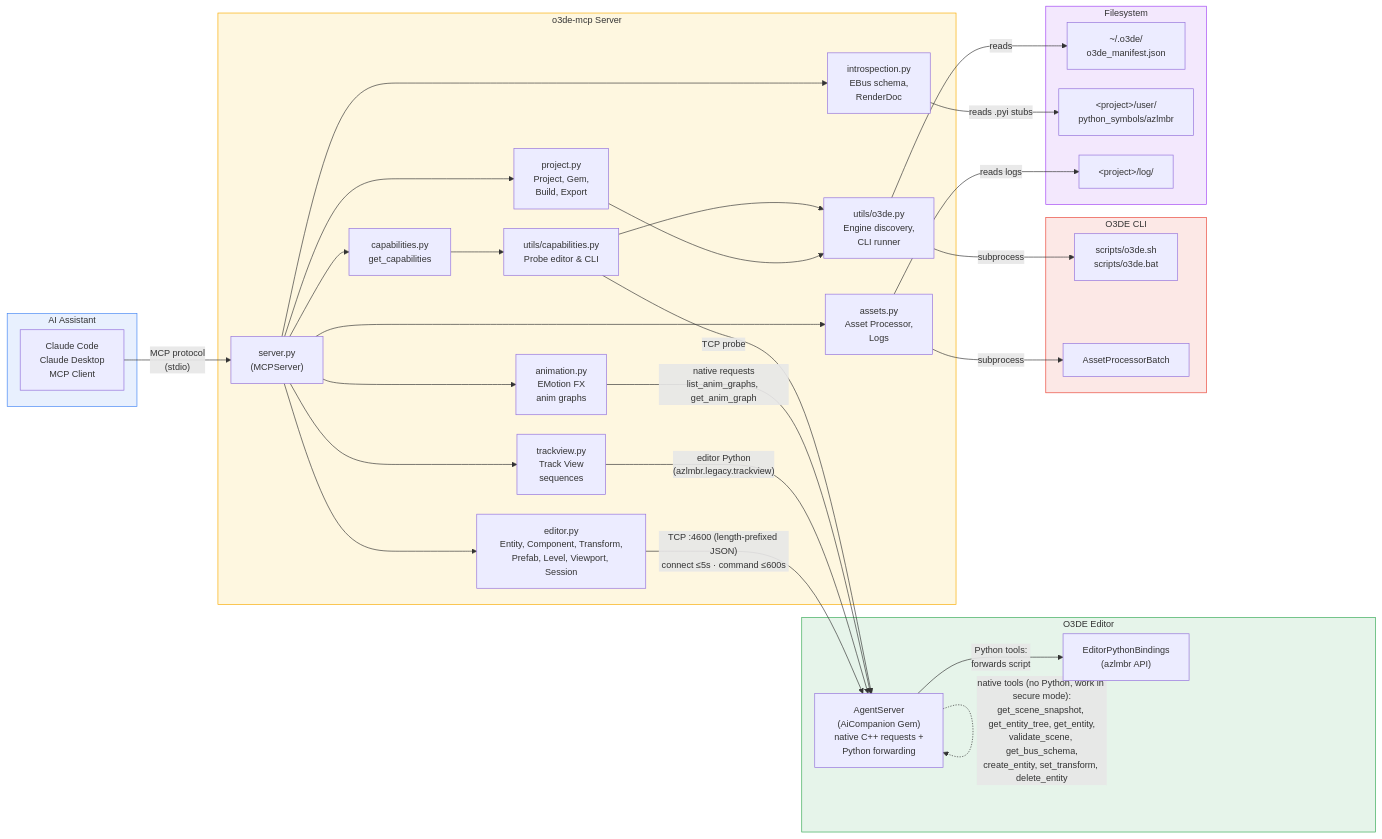
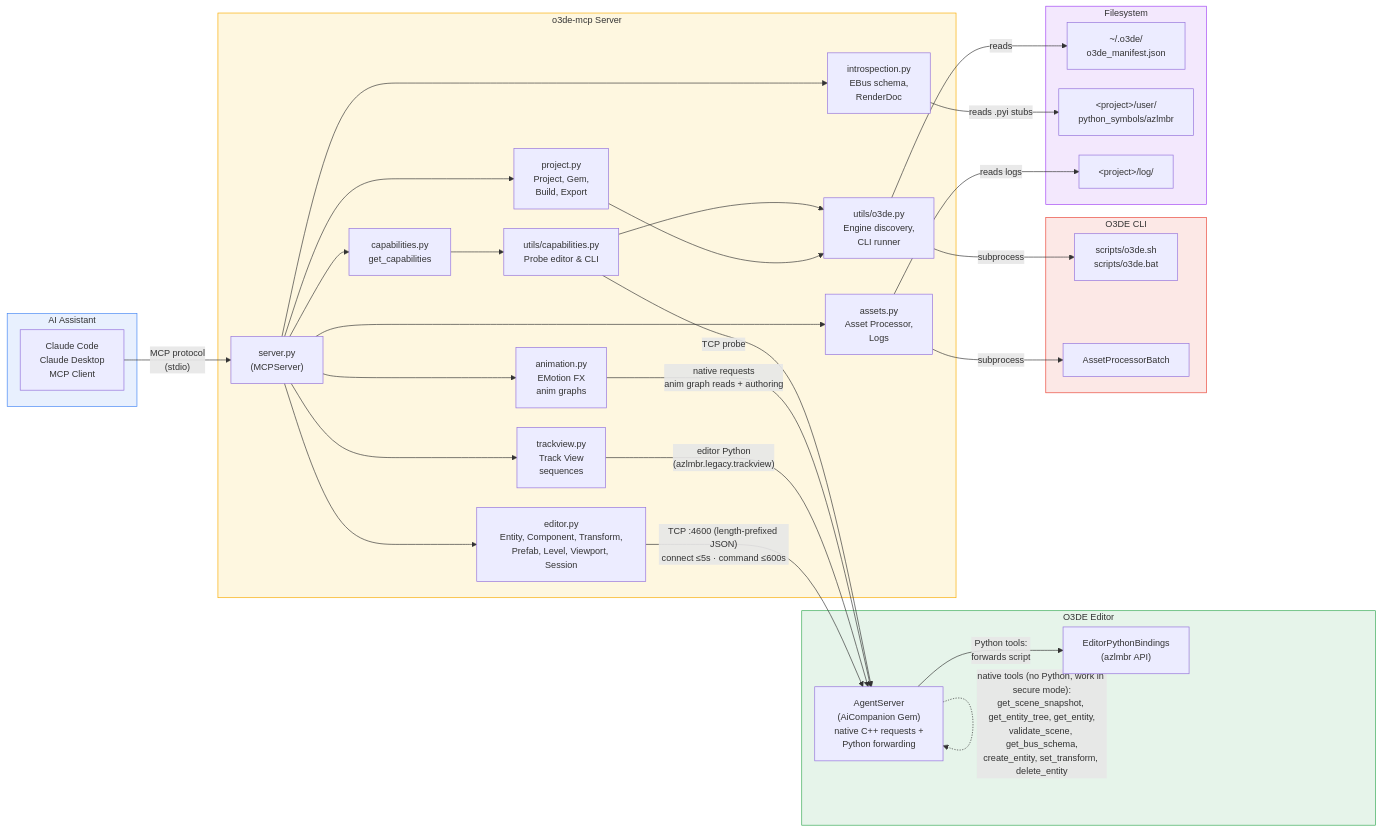
Before and after one commit to nickschuetz/o3de-mcp: the diagram in docs/architecture.md, drawn with Mermaid. The commit also changed other lines of this file and 9 other files, not shown here.

````diff
--- a/docs/architecture.md
+++ b/docs/architecture.md
@@ -13,72 +13,72 @@
 ```mermaid
 ---
 config:
   themeVariables:
     fontSize: 14px
   flowchart:
     nodeSpacing: 30
     rankSpacing: 40
 ---
 graph LR
     subgraph AI["AI Assistant"]
         CC["Claude Code<br/>Claude Desktop<br/>MCP Client"]
     end
 
     subgraph MCP["o3de-mcp Server"]
         S["server.py<br/>(MCPServer)"]
         CAP["capabilities.py<br/>get_capabilities"]
         ED["editor.py<br/>Entity, Component, Transform,<br/>Prefab, Level, Viewport, Session"]
         INTRO["introspection.py<br/>EBus schema,<br/>RenderDoc"]
         PR["project.py<br/>Project, Gem,<br/>Build, Export"]
         ASSET["assets.py<br/>Asset Processor,<br/>Logs"]
         TV["trackview.py<br/>Track View<br/>sequences"]
         ANIM["animation.py<br/>EMotion FX<br/>anim graphs"]
         UC["utils/capabilities.py<br/>Probe editor & CLI"]
         UO["utils/o3de.py<br/>Engine discovery,<br/>CLI runner"]
     end
 
     subgraph O3DE["O3DE Editor"]
         AS["AgentServer<br/>(AiCompanion Gem)<br/>native C++ requests +<br/>Python forwarding"]
         EPB["EditorPythonBindings<br/>(azlmbr API)"]
     end
 
     subgraph CLI["O3DE CLI"]
         SCRIPT["scripts/o3de.sh<br/>scripts/o3de.bat"]
         APB["AssetProcessorBatch"]
     end
 
     subgraph FS["Filesystem"]
         MANIFEST["~/.o3de/<br/>o3de_manifest.json"]
         STUBS["&lt;project&gt;/user/<br/>python_symbols/azlmbr"]
         LOGS["&lt;project&gt;/log/"]
     end
 
     CC -- "MCP protocol<br/>(stdio)" --> S
     S --> CAP
     S --> ED
     S --> INTRO
     S --> PR
     S --> ASSET
     S --> TV
     S --> ANIM
     CAP --> UC
     ED -- "TCP :4600 (length-prefixed JSON)<br/>connect ≤5s · command ≤600s" --> AS
     AS -- "Python tools:<br/>forwards script" --> EPB
     TV -- "editor Python<br/>(azlmbr.legacy.trackview)" --> AS
-    ANIM -- "native requests<br/>list_anim_graphs, get_anim_graph" --> AS
+    ANIM -- "native requests<br/>anim graph reads + authoring" --> AS
     AS -. "native tools (no Python, work in secure mode):<br/>get_scene_snapshot, get_entity_tree, get_entity,<br/>validate_scene, get_bus_schema,<br/>create_entity, set_transform, delete_entity" .-> AS
     INTRO -- "reads .pyi stubs" --> STUBS
     PR --> UO
     ASSET -- "reads logs" --> LOGS
     ASSET -- subprocess --> APB
     UO -- subprocess --> SCRIPT
     UO -- reads --> MANIFEST
     UC --> UO
     UC -- "TCP probe" --> AS
 
     style AI fill:#e8f0fe,stroke:#4285f4
     style MCP fill:#fef7e0,stroke:#f9ab00
     style O3DE fill:#e6f4ea,stroke:#34a853
     style CLI fill:#fce8e6,stroke:#ea4335
     style FS fill:#f3e8fd,stroke:#a142f4
 ```
````
